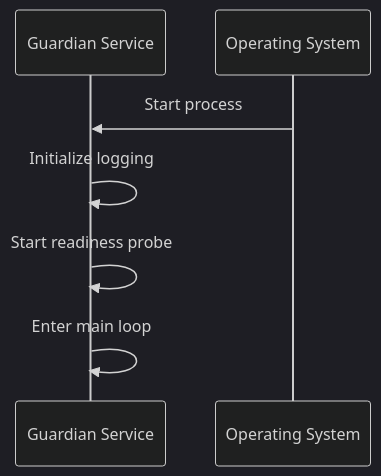
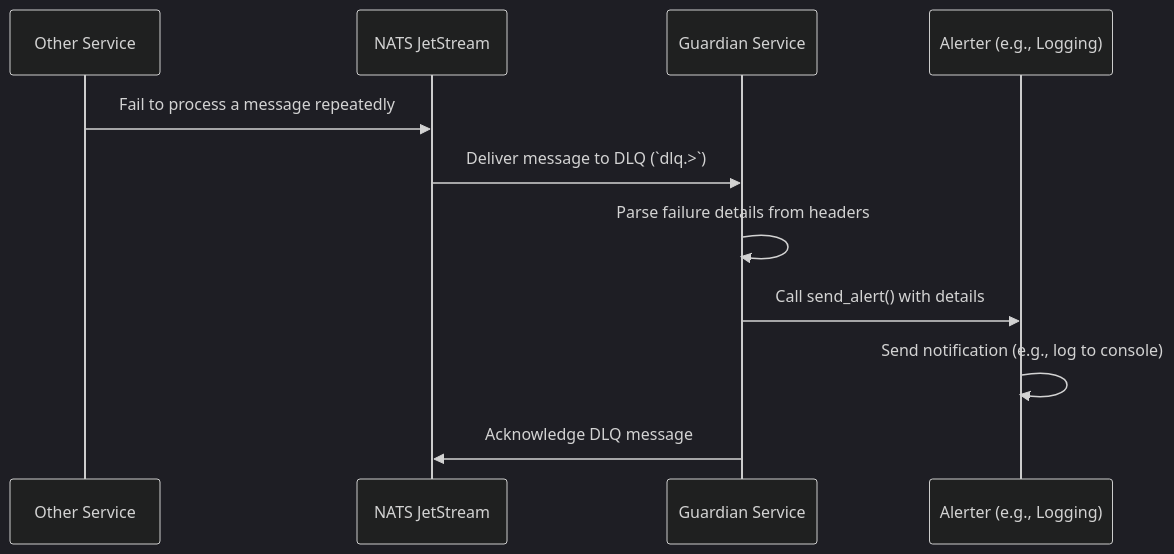
The first of 2 diagrams in docs/guardian.md (gsantopaolo/sentinel-AI), drawn with Mermaid (dark theme) before and after one commit. The commit also changed other lines of this file and 8 other files, not shown here.

````diff
--- a/docs/guardian.md
+++ b/docs/guardian.md
@@ -33,10 +43,14 @@
 ```mermaid
 sequenceDiagram
+    participant OtherService as Other Service
+    participant NATS as NATS JetStream
     participant Guardian as Guardian Service
-    participant System as Operating System
+    participant Alerter as Alerter (e.g., Logging)
 
-    System->>Guardian: Start process
-    Guardian->>Guardian: Initialize logging
-    Guardian->>Guardian: Start readiness probe
-    Guardian->>Guardian: Enter main loop
+    OtherService->>NATS: Fail to process a message repeatedly
+    NATS->>Guardian: Deliver message to DLQ (`dlq.>`)
+    Guardian->>Guardian: Parse failure details from headers
+    Guardian->>Alerter: Call send_alert() with details
+    Alerter->>Alerter: Send notification (e.g., log to console)
+    Guardian->>NATS: Acknowledge DLQ message
 ```
````
